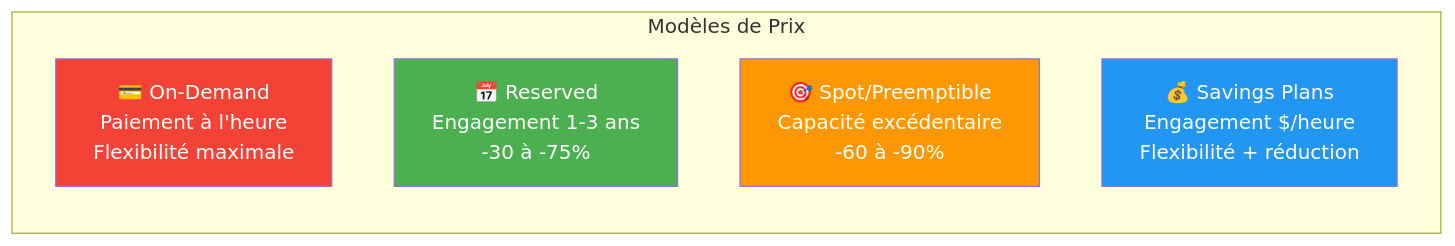
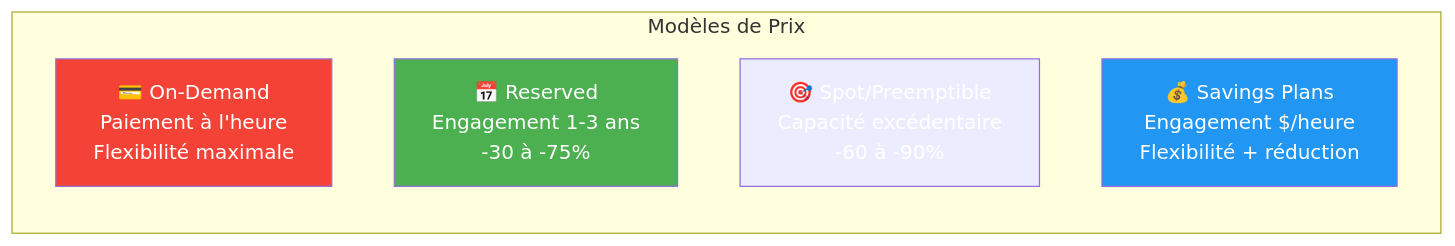
One commit to VBlackJack/ShellBook changed the fourth of 9 diagrams in docs/formations/cloud-fundamentals/03-module.md. Above: the diagram before and after it, drawn with Mermaid. The commit also changed other lines of this file and 337 other files, not shown here.

First line of the commit message:
refactor(docs): Standardize code blocks and Mermaid colors

````diff
--- a/docs/formations/cloud-fundamentals/03-module.md
+++ b/docs/formations/cloud-fundamentals/03-module.md
@@ -174,14 +174,14 @@
 ```mermaid
 graph LR
     subgraph "Modèles de Prix"
         OD["💳 On-Demand<br/>Paiement à l'heure<br/>Flexibilité maximale"]
         RI["📅 Reserved<br/>Engagement 1-3 ans<br/>-30 à -75%"]
         SPOT["🎯 Spot/Preemptible<br/>Capacité excédentaire<br/>-60 à -90%"]
         SAVING["💰 Savings Plans<br/>Engagement $/heure<br/>Flexibilité + réduction"]
     end
 
     style OD fill:#f44336,color:#fff
     style RI fill:#4caf50,color:#fff
-    style SPOT fill:#ff9800,color:#fff
+    style SPOT fill:#FF9800800800,color:#fff
     style SAVING fill:#2196f3,color:#fff
 ```
````
